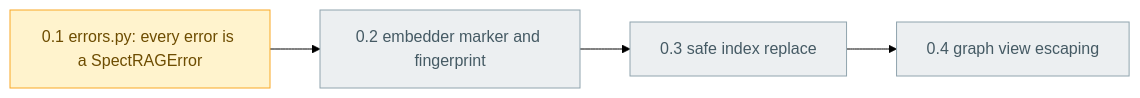
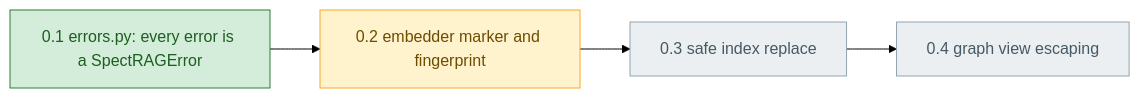
The diagram in README.md (aion7891/Spect-RAG), drawn with Mermaid (forest theme) before and after one commit. The commit also changed other lines of this file and 4 other files, not shown here.

````diff
--- a/README.md
+++ b/README.md
@@ -487,10 +487,11 @@
 ```mermaid
 flowchart LR
     errors["0.1 errors.py: every error is a SpectRAGError"] --> embedder["0.2 embedder marker and fingerprint"]
     embedder --> replace["0.3 safe index replace"] --> escape["0.4 graph view escaping"]
     classDef done fill:#d4edda,stroke:#2e7d32,color:#1b5e20
     classDef doing fill:#fff3cd,stroke:#f9a825,color:#6d4c00
     classDef todo fill:#eceff1,stroke:#90a4ae,color:#455a64
-    class errors doing
-    class embedder,replace,escape todo
+    class errors done
+    class embedder doing
+    class replace,escape todo
 ```
````
